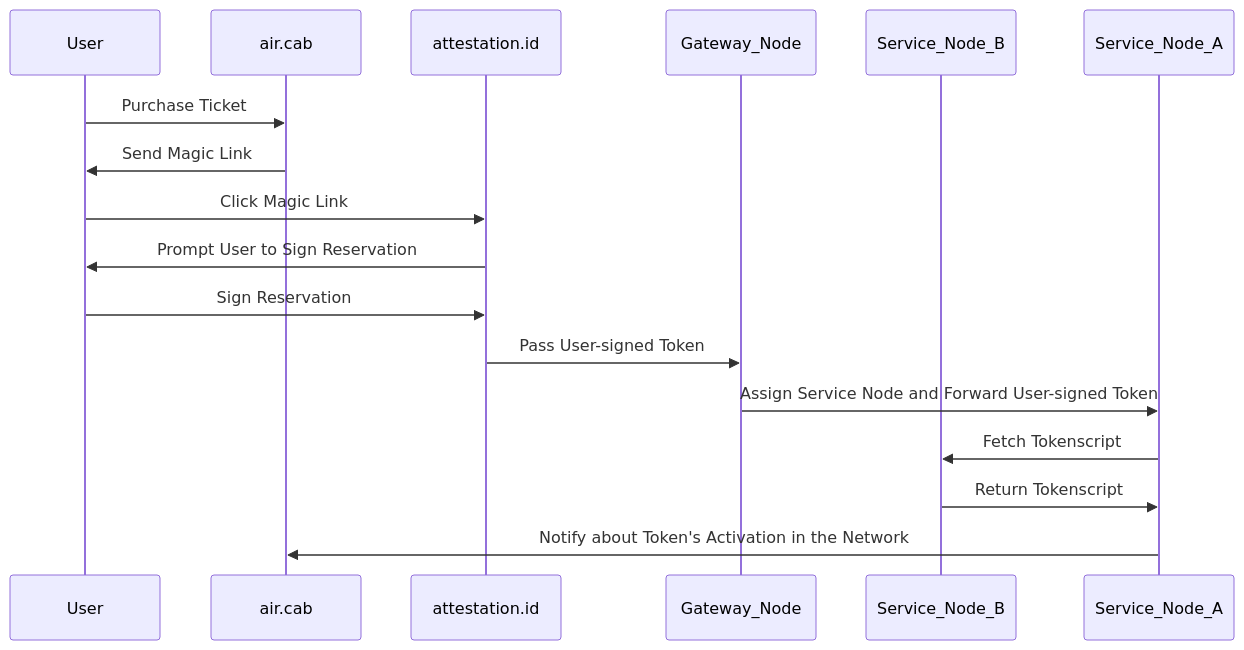
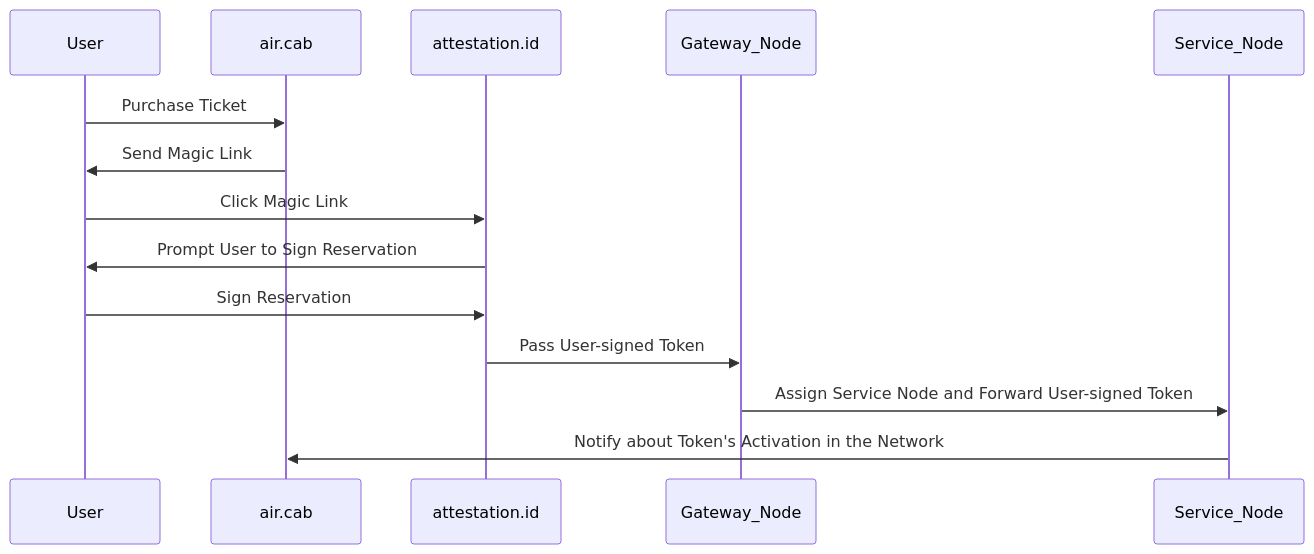
One commit to TokenScript-Framework/papers changed the diagram in src/usecase/guide/air.cab-TokenCreation.mmd. Above: the diagram before and after it, drawn with Mermaid. The commit also changed 2 other files, not shown here.

Commit message:
simplified the sequence flow to make it easier to follow. This is pending team review and feedback now

```diff
--- a/src/usecase/guide/air.cab-TokenCreation.mmd
+++ b/src/usecase/guide/air.cab-TokenCreation.mmd
@@ -1,17 +1,14 @@
 sequenceDiagram
   participant User
   participant air.cab
   participant attestation.id
   participant Gateway_Node
-  participant Service_Node_B
-  participant Service_Node_A
+  participant Service_Node
   User->>air.cab: Purchase Ticket
   air.cab->>User: Send Magic Link
   User->>attestation.id: Click Magic Link
   attestation.id->>User: Prompt User to Sign Reservation
   User->>attestation.id: Sign Reservation
   attestation.id->>Gateway_Node: Pass User-signed Token
-  Gateway_Node->>Service_Node_A: Assign Service Node and Forward User-signed Token
-  Service_Node_A->>Service_Node_B: Fetch Tokenscript
-  Service_Node_B->>Service_Node_A: Return Tokenscript
-  Service_Node_A->>air.cab: Notify about Token's Activation in the Network
+  Gateway_Node->>Service_Node: Assign Service Node and Forward User-signed Token
+  Service_Node->>air.cab: Notify about Token's Activation in the Network
```
